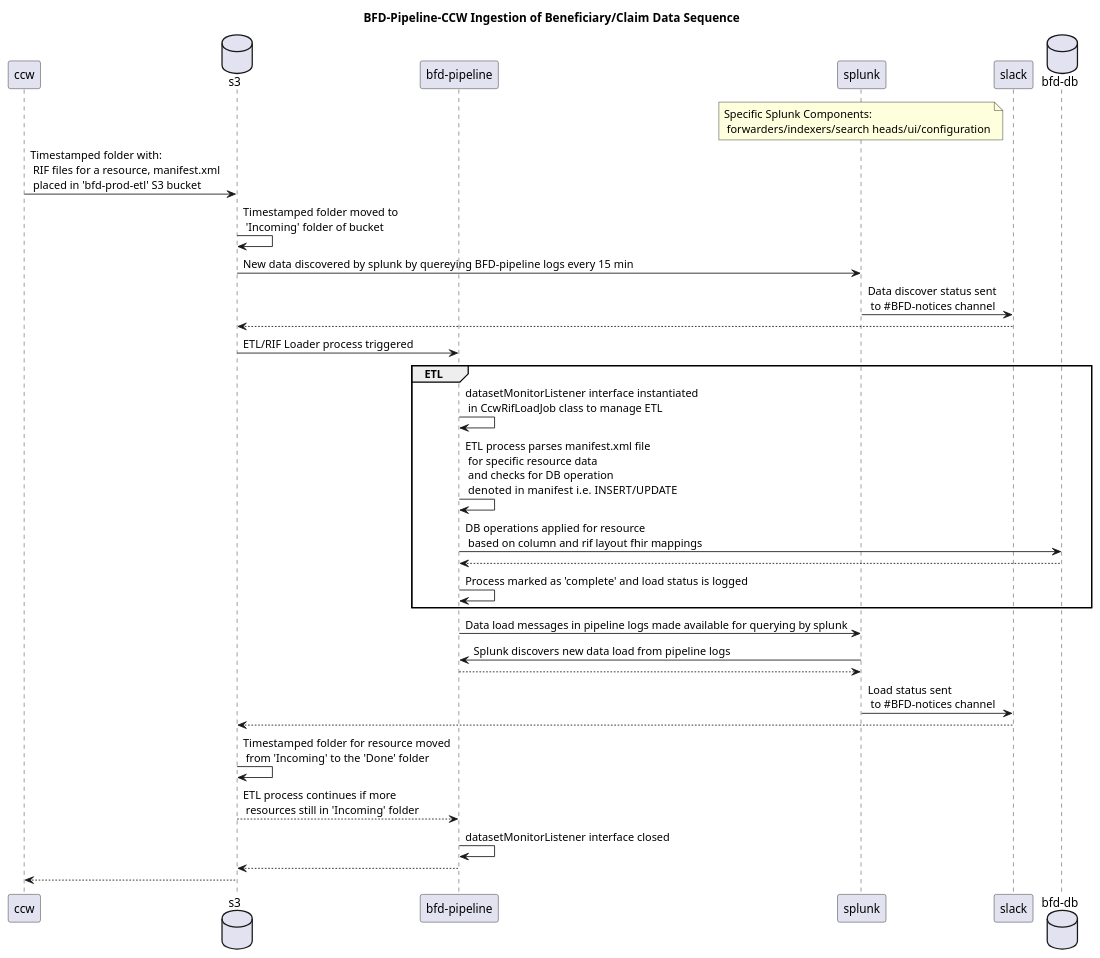
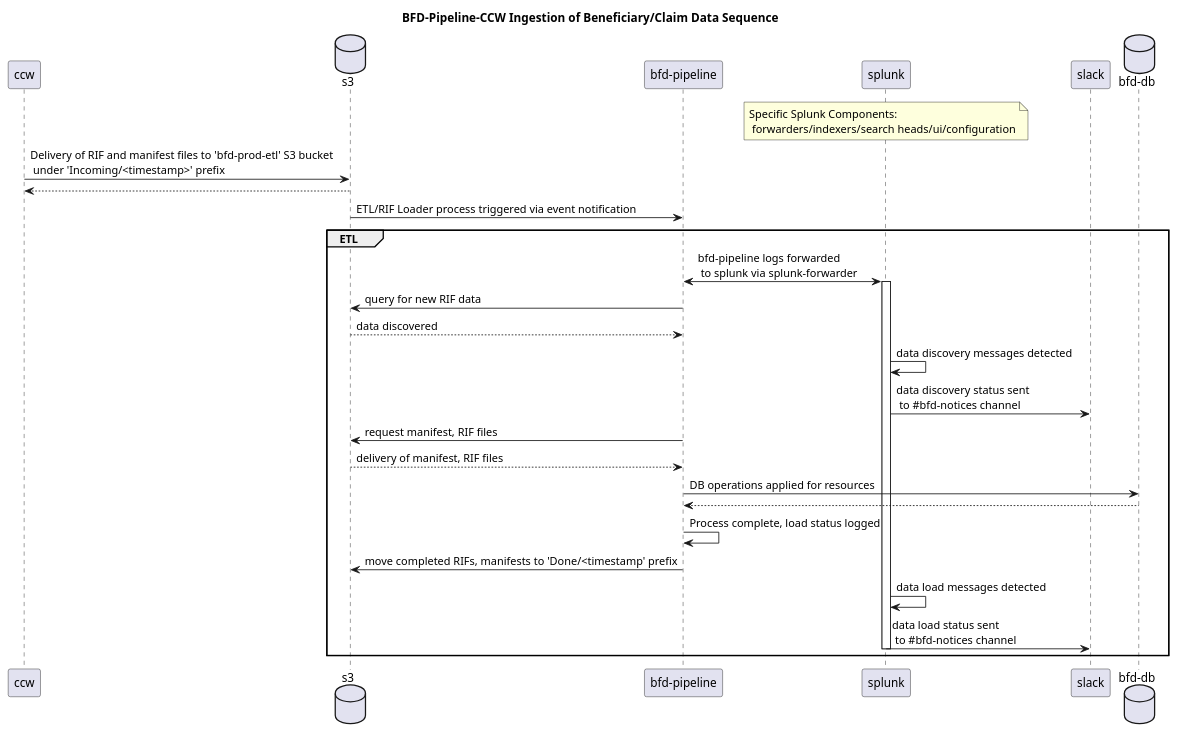
The diagram in docs/assets/fhir-resource-ingestion-digestion-diagrams/bfd-pipeline-ccw-ingestion.plantuml (CMSgov/beneficiary-fhir-data), drawn with PlantUML before and after one commit. The commit also changed 1 other file, not shown here.

Commit message:
update ccw diagram for accuracy and simplicity

```diff
--- a/docs/assets/fhir-resource-ingestion-digestion-diagrams/bfd-pipeline-ccw-ingestion.plantuml
+++ b/docs/assets/fhir-resource-ingestion-digestion-diagrams/bfd-pipeline-ccw-ingestion.plantuml
@@ -1,33 +1,30 @@
 @startuml
 title BFD-Pipeline-CCW Ingestion of Beneficiary/Claim Data Sequence
 participant ccw
 database s3
 participant "bfd-pipeline"
 participant splunk
 note over splunk: Specific Splunk Components: \n forwarders/indexers/search heads/ui/configuration
 participant slack
 database "bfd-db"
-ccw -> s3: Timestamped folder with: \n RIF files for a resource, manifest.xml \n placed in 'bfd-prod-etl' S3 bucket  
-s3 -> s3: Timestamped folder moved to \n 'Incoming' folder of bucket
-s3 -> splunk: New data discovered by splunk by quereying BFD-pipeline logs every 15 min
-splunk -> slack: Data discover status sent \n to #BFD-notices channel
-slack --> s3
-s3 -> "bfd-pipeline": ETL/RIF Loader process triggered 
+ccw -> s3: Delivery of RIF and manifest files to 'bfd-prod-etl' S3 bucket \n under 'Incoming/<timestamp>' prefix
+s3 --> ccw
+s3 -> "bfd-pipeline": ETL/RIF Loader process triggered via event notification
 group ETL
-"bfd-pipeline" -> "bfd-pipeline": datasetMonitorListener interface instantiated \n in CcwRifLoadJob class to manage ETL
-"bfd-pipeline" -> "bfd-pipeline": ETL process parses manifest.xml file \n for specific resource data \n and checks for DB operation \n denoted  in manifest i.e. INSERT/UPDATE
-"bfd-pipeline" -> "bfd-db": DB operations applied for resource \n based on column and rif layout fhir mappings
+"bfd-pipeline" <-> splunk: bfd-pipeline logs forwarded \n to splunk via splunk-forwarder
+activate splunk
+"bfd-pipeline" -> s3: query for new RIF data
+s3 --> "bfd-pipeline": data discovered
+splunk -> splunk: data discovery messages detected
+splunk -> slack: data discovery status sent \n to #bfd-notices channel
+"bfd-pipeline" -> s3: request manifest, RIF files
+s3 --> "bfd-pipeline": delivery of manifest, RIF files
+"bfd-pipeline" -> "bfd-db": DB operations applied for resources
 "bfd-db" --> "bfd-pipeline"
-"bfd-pipeline" -> "bfd-pipeline": Process marked as 'complete' and load status is logged
+"bfd-pipeline" -> "bfd-pipeline": Process complete, load status logged
+"bfd-pipeline" -> s3: move completed RIFs, manifests to 'Done/<timestamp' prefix
+splunk -> splunk: data load messages detected
+splunk -> slack: data load status sent \n to #bfd-notices channel
+deactivate splunk
 end
-"bfd-pipeline" -> splunk: Data load messages in pipeline logs made available for querying by splunk
-splunk -> "bfd-pipeline": Splunk discovers new data load from pipeline logs
-"bfd-pipeline" --> splunk
-splunk -> slack: Load status sent \n to #BFD-notices channel
-slack --> s3
-s3 -> s3: Timestamped folder for resource moved \n from 'Incoming' to the 'Done' folder
-s3 --> "bfd-pipeline": ETL process continues if more \n resources still in 'Incoming' folder
-"bfd-pipeline" -> "bfd-pipeline": datasetMonitorListener interface closed
-"bfd-pipeline" --> s3
-s3--> ccw
 @enduml
```
